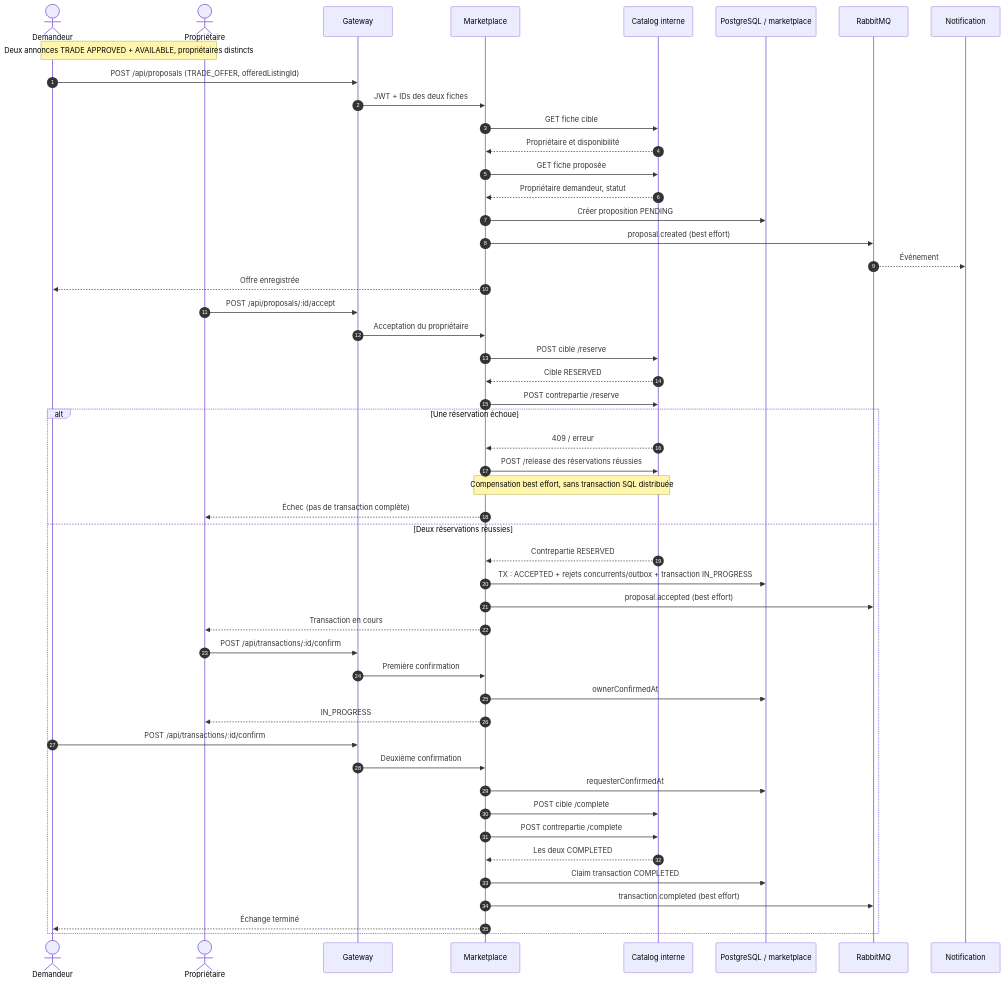
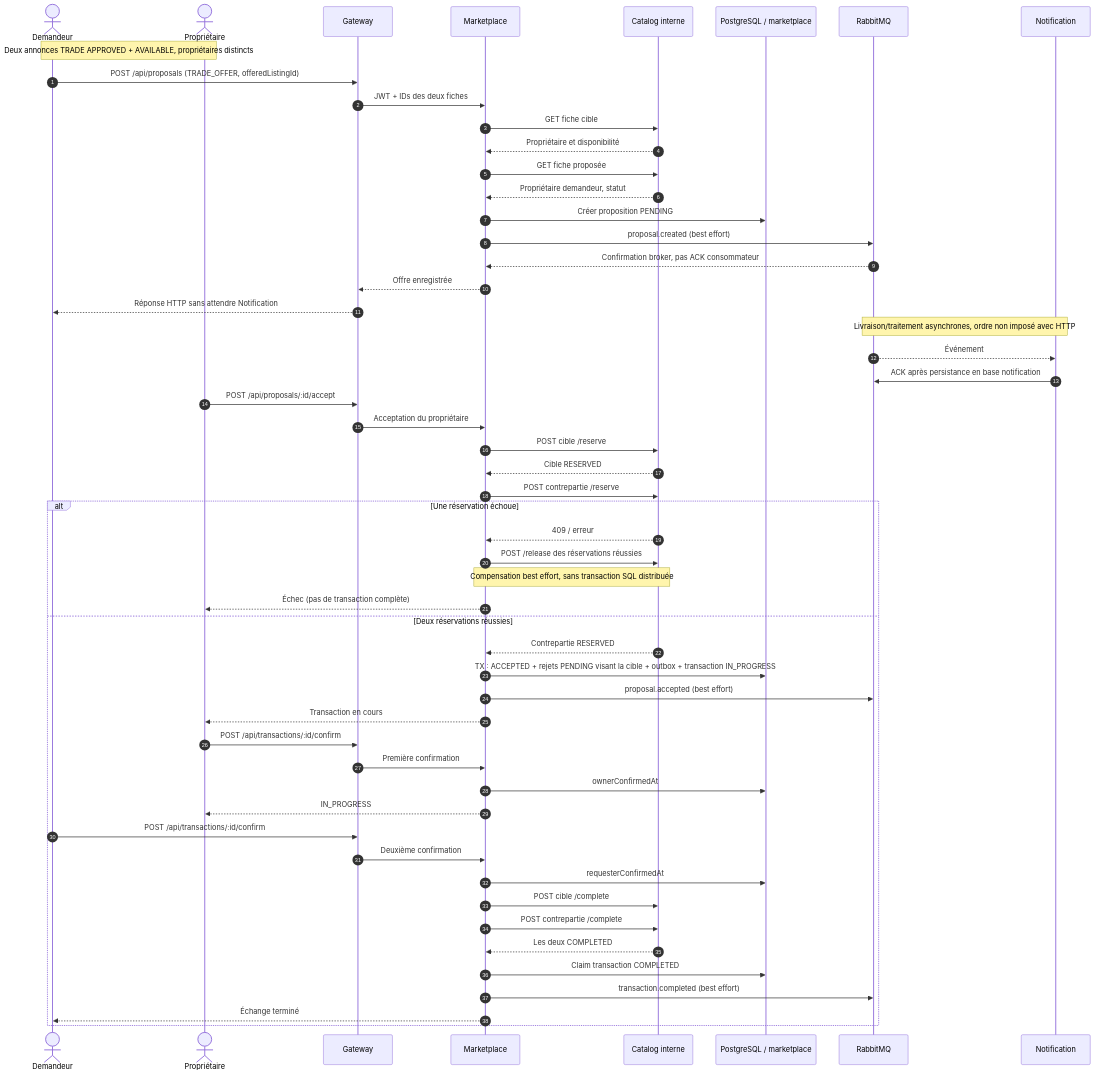
The fourth of 6 diagrams in docs/24-m10-architecture-finale.md (BALLOPROTEL/Projet_indiV26-espace-com-troc-don), drawn with Mermaid before and after one commit. The commit also changed other lines of this file and 1 other file, not shown here.

````diff
--- a/docs/24-m10-architecture-finale.md
+++ b/docs/24-m10-architecture-finale.md
@@ -180,53 +183,57 @@
 ```mermaid
 sequenceDiagram
     autonumber
     actor A as Demandeur
     actor B as Propriétaire
     participant GW as Gateway
     participant M as Marketplace
     participant C as Catalog interne
     participant DB as PostgreSQL / marketplace
     participant MQ as RabbitMQ
     participant N as Notification
 
     Note over A,B: Deux annonces TRADE APPROVED + AVAILABLE, propriétaires distincts
     A->>GW: POST /api/proposals (TRADE_OFFER, offeredListingId)
     GW->>M: JWT + IDs des deux fiches
     M->>C: GET fiche cible
     C-->>M: Propriétaire et disponibilité
     M->>C: GET fiche proposée
     C-->>M: Propriétaire demandeur, statut
     M->>DB: Créer proposition PENDING
     M->>MQ: proposal.created (best effort)
+    MQ-->>M: Confirmation broker, pas ACK consommateur
+    M-->>GW: Offre enregistrée
+    GW-->>A: Réponse HTTP sans attendre Notification
+    Note over MQ,N: Livraison/traitement asynchrones, ordre non imposé avec HTTP
     MQ-->>N: Événement
-    M-->>A: Offre enregistrée
+    N->>MQ: ACK après persistance en base notification
     B->>GW: POST /api/proposals/:id/accept
     GW->>M: Acceptation du propriétaire
     M->>C: POST cible /reserve
     C-->>M: Cible RESERVED
     M->>C: POST contrepartie /reserve
     alt Une réservation échoue
         C-->>M: 409 / erreur
         M->>C: POST /release des réservations réussies
         Note over M,C: Compensation best effort, sans transaction SQL distribuée
         M-->>B: Échec (pas de transaction complète)
     else Deux réservations réussies
         C-->>M: Contrepartie RESERVED
-        M->>DB: TX : ACCEPTED + rejets concurrents/outbox + transaction IN_PROGRESS
+        M->>DB: TX : ACCEPTED + rejets PENDING visant la cible + outbox + transaction IN_PROGRESS
         M->>MQ: proposal.accepted (best effort)
         M-->>B: Transaction en cours
         B->>GW: POST /api/transactions/:id/confirm
         GW->>M: Première confirmation
         M->>DB: ownerConfirmedAt
         M-->>B: IN_PROGRESS
         A->>GW: POST /api/transactions/:id/confirm
         GW->>M: Deuxième confirmation
         M->>DB: requesterConfirmedAt
         M->>C: POST cible /complete
         M->>C: POST contrepartie /complete
         C-->>M: Les deux COMPLETED
         M->>DB: Claim transaction COMPLETED
         M->>MQ: transaction.completed (best effort)
         M-->>A: Échange terminé
     end
 ```
````
